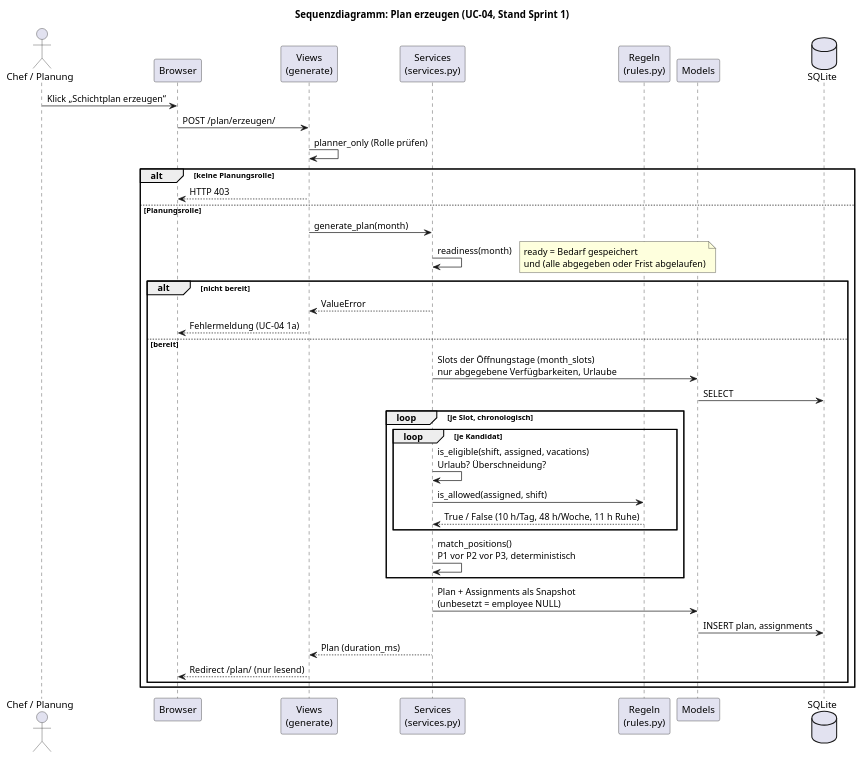
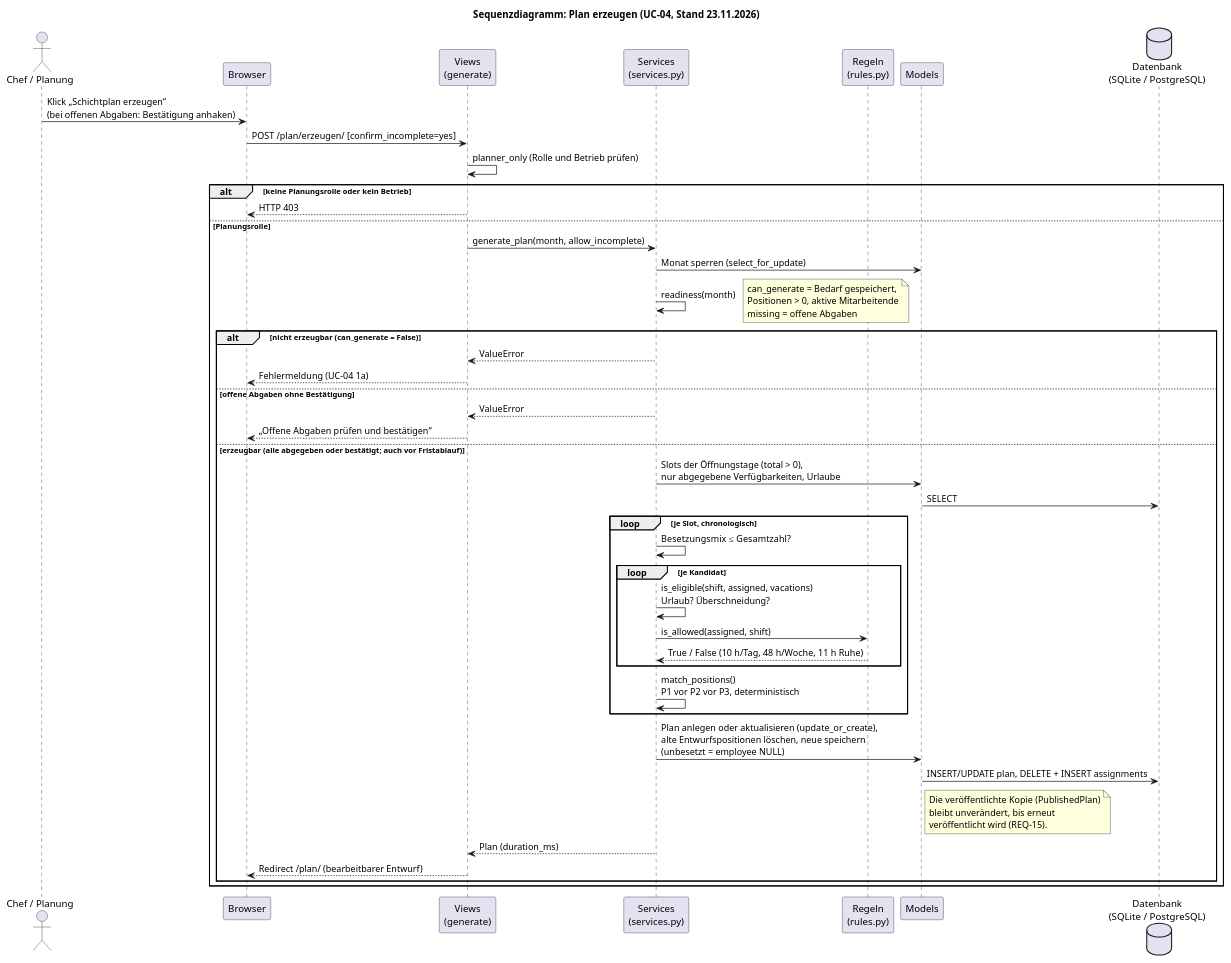
The diagram in docs/design/sequenz_plan_erzeugen.puml (shiftplanner-hsfl-team/shiftplanner), drawn with PlantUML before and after one commit. The commit also changed 4 other files, not shown here.

```diff
--- a/docs/design/sequenz_plan_erzeugen.puml
+++ b/docs/design/sequenz_plan_erzeugen.puml
@@ -1,47 +1,59 @@
 @startuml
-title Sequenzdiagramm: Plan erzeugen (UC-04, Stand Sprint 1)
+!pragma layout smetana
+title Sequenzdiagramm: Plan erzeugen (UC-04, Stand 23.11.2026)
 
 actor "Chef / Planung" as chef
 participant "Browser" as browser
 participant "Views\n(generate)" as views
 participant "Services\n(services.py)" as services
 participant "Regeln\n(rules.py)" as rules
 participant "Models" as models
-database "SQLite" as db
+database "Datenbank\n(SQLite / PostgreSQL)" as db
 
-chef -> browser : Klick „Schichtplan erzeugen“
-browser -> views : POST /plan/erzeugen/
-views -> views : planner_only (Rolle prüfen)
+chef -> browser : Klick „Schichtplan erzeugen“\n(bei offenen Abgaben: Bestätigung anhaken)
+browser -> views : POST /plan/erzeugen/ [confirm_incomplete=yes]
+views -> views : planner_only (Rolle und Betrieb prüfen)
 
-alt keine Planungsrolle
+alt keine Planungsrolle oder kein Betrieb
   views --> browser : HTTP 403
 else Planungsrolle
-  views -> services : generate_plan(month)
+  views -> services : generate_plan(month, allow_incomplete)
+  services -> models : Monat sperren (select_for_update)
   services -> services : readiness(month)
   note right
-    ready = Bedarf gespeichert
-    und (alle abgegeben oder Frist abgelaufen)
+    can_generate = Bedarf gespeichert,
+    Positionen > 0, aktive Mitarbeitende
+    missing = offene Abgaben
   end note
 
-  alt nicht bereit
+  alt nicht erzeugbar (can_generate = False)
     services --> views : ValueError
     views --> browser : Fehlermeldung (UC-04 1a)
-  else bereit
-    services -> models : Slots der Öffnungstage (month_slots)\nnur abgegebene Verfügbarkeiten, Urlaube
+  else offene Abgaben ohne Bestätigung
+    services --> views : ValueError
+    views --> browser : „Offene Abgaben prüfen und bestätigen“
+  else erzeugbar (alle abgegeben oder bestätigt; auch vor Fristablauf)
+    services -> models : Slots der Öffnungstage (total > 0),\nnur abgegebene Verfügbarkeiten, Urlaube
     models -> db : SELECT
     loop je Slot, chronologisch
+      services -> services : Besetzungsmix ≤ Gesamtzahl?
       loop je Kandidat
         services -> services : is_eligible(shift, assigned, vacations)\nUrlaub? Überschneidung?
         services -> rules : is_allowed(assigned, shift)
         rules --> services : True / False (10 h/Tag, 48 h/Woche, 11 h Ruhe)
       end
       services -> services : match_positions()\nP1 vor P2 vor P3, deterministisch
     end
-    services -> models : Plan + Assignments als Snapshot\n(unbesetzt = employee NULL)
-    models -> db : INSERT plan, assignments
+    services -> models : Plan anlegen oder aktualisieren (update_or_create),\nalte Entwurfspositionen löschen, neue speichern\n(unbesetzt = employee NULL)
+    models -> db : INSERT/UPDATE plan, DELETE + INSERT assignments
+    note right of models
+      Die veröffentlichte Kopie (PublishedPlan)
+      bleibt unverändert, bis erneut
+      veröffentlicht wird (REQ-15).
+    end note
     services --> views : Plan (duration_ms)
-    views --> browser : Redirect /plan/ (nur lesend)
+    views --> browser : Redirect /plan/ (bearbeitbarer Entwurf)
   end
 end
 
 @enduml
```
